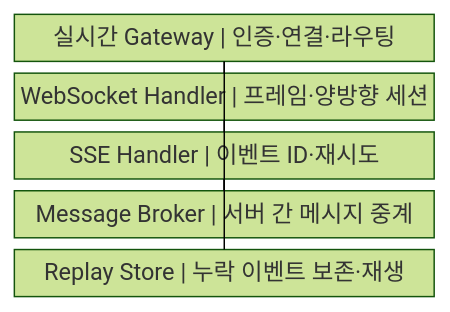
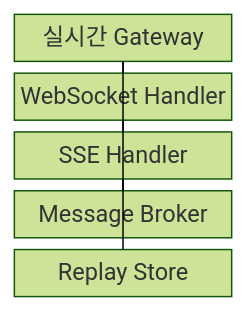
Before and after one commit to agnusdei1207/knowledge-base: the first of 2 diagrams in src/content/docs/notes/03-software/178_websocket_sse.md, drawn with Mermaid (forest theme). The commit also changed other lines of this file and 238 other files, not shown here.

````diff
--- a/src/content/docs/notes/03-software/178_websocket_sse.md
+++ b/src/content/docs/notes/03-software/178_websocket_sse.md
@@ -54,14 +54,14 @@
 ```mermaid
-block
+block-beta
     columns 1
-    A["실시간 Gateway | 인증·연결·라우팅"]
-    B["WebSocket Handler | 프레임·양방향 세션"]
-    C["SSE Handler | 이벤트 ID·재시도"]
-    D["Message Broker | 서버 간 메시지 중계"]
-    E["Replay Store | 누락 이벤트 보존·재생"]
+    A["실시간 Gateway"]
+    B["WebSocket Handler"]
+    C["SSE Handler"]
+    D["Message Broker"]
+    E["Replay Store"]
     A --- B
     A --- C
     B --- D
     C --- D
     C --- E
 ```
````
